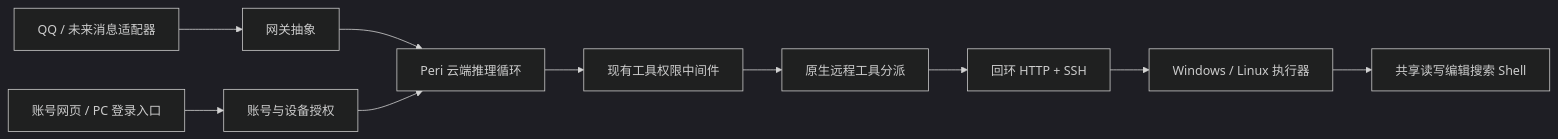
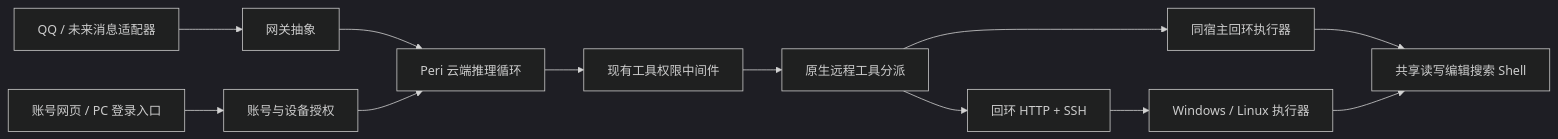
The diagram in docs/architecture.md (Teens-in-Times/peri-cloud), drawn with Mermaid (dark theme) before and after one commit. The commit also changed other lines of this file and 49 other files, not shown here.

````diff
--- a/docs/architecture.md
+++ b/docs/architecture.md
@@ -3,12 +3,14 @@
 ```mermaid
 flowchart LR
   QQ[QQ / 未来消息适配器] --> Gateway[网关抽象]
   Browser[账号网页 / PC 登录入口] --> Identity[账号与设备授权]
   Gateway --> Cloud[Peri 云端推理循环]
   Identity --> Cloud
   Cloud --> Permission[现有工具权限中间件]
   Permission --> Remote[原生远程工具分派]
   Remote --> SSH[回环 HTTP + SSH]
   SSH --> Executor[Windows / Linux 执行器]
+  Remote --> Local[同宿主回环执行器]
+  Local --> Tools
   Executor --> Tools[共享读写编辑搜索 Shell]
 ```
````
